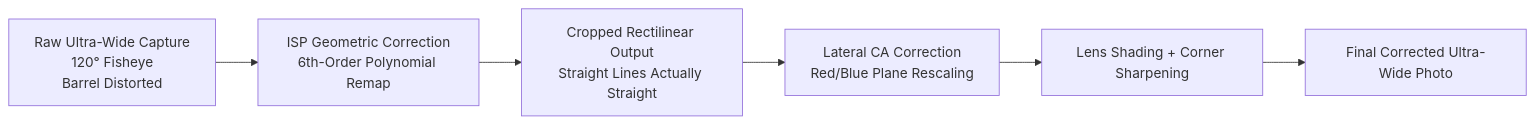
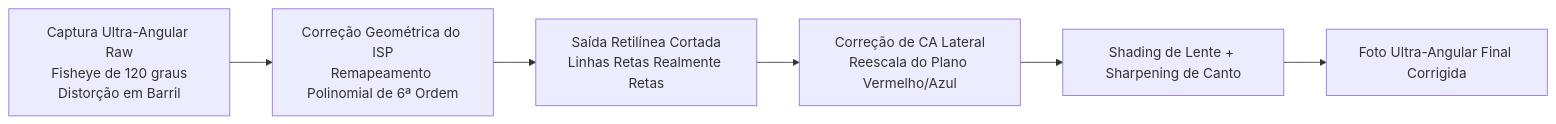
One commit to zoozooll/AndroidCameraParameters changed the fifth of 7 diagrams in website/i18n/pt-BR/docusaurus-plugin-content-docs/current/camera2/what-can-modern-smartphone-cameras-do.md. Above: the diagram before and after it, drawn with Mermaid. The commit also changed other lines of this file and 378 other files, not shown here.

````diff
--- a/website/i18n/pt-BR/docusaurus-plugin-content-docs/current/camera2/what-can-modern-smartphone-cameras-do.md
+++ b/website/i18n/pt-BR/docusaurus-plugin-content-docs/current/camera2/what-can-modern-smartphone-cameras-do.md
@@ -154,8 +154,8 @@
 ```mermaid
 flowchart LR
-    A[Raw Ultra-Wide Capture\n120° Fisheye\nBarrel Distorted] --> B[ISP Geometric Correction\n6th-Order Polynomial Remap]
-    B --> C[Cropped Rectilinear Output\nStraight Lines Actually Straight]
-    C --> D[Lateral CA Correction\nRed/Blue Plane Rescaling]
-    D --> E[Lens Shading + Corner Sharpening]
-    E --> F[Final Corrected Ultra-Wide Photo]
+    A["Captura Ultra-Angular Raw<br/>Fisheye de 120 graus<br/>Distorção em Barril"] --> B["Correção Geométrica do ISP<br/>Remapeamento Polinomial de 6ª Ordem"]
+    B --> C["Saída Retilínea Cortada<br/>Linhas Retas Realmente Retas"]
+    C --> D["Correção de CA Lateral<br/>Reescala do Plano Vermelho/Azul"]
+    D --> E["Shading de Lente + Sharpening de Canto"]
+    E --> F["Foto Ultra-Angular Final Corrigida"]
 ```
````
